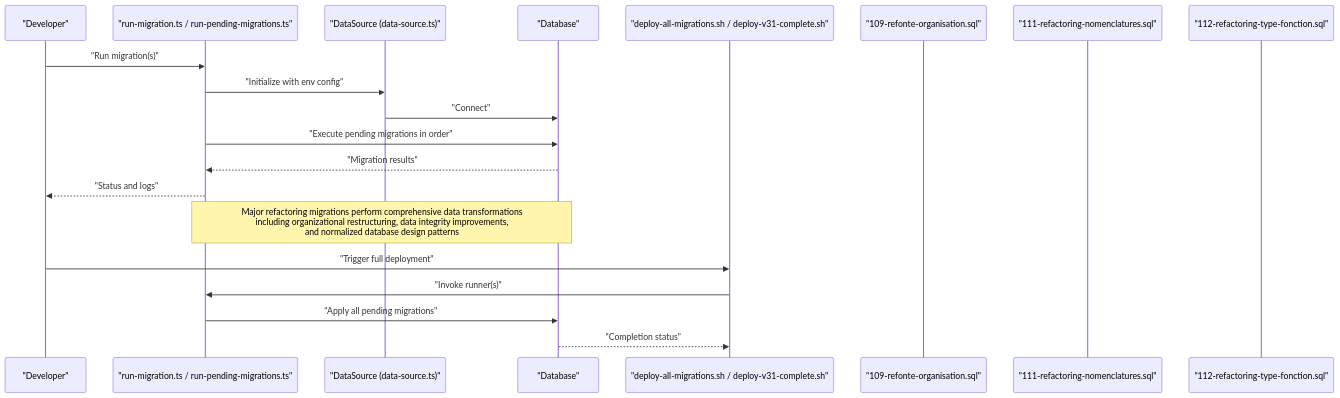
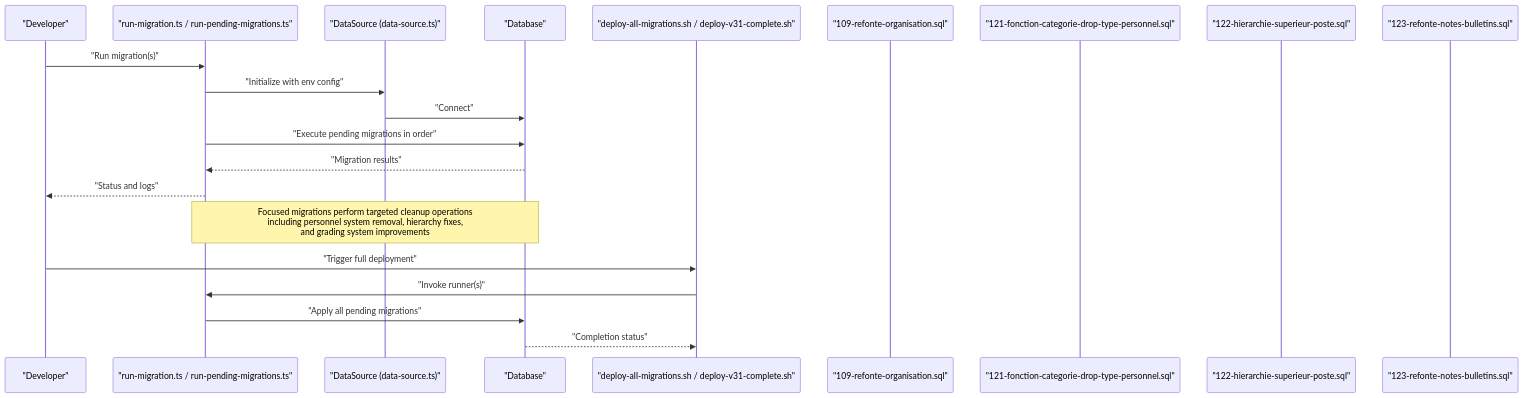
One commit to franckylab/eLISAschool changed the second of 4 diagrams in .qoder/repowiki/en/content/System Architecture/Database Architecture/Database Migrations & Version Control.md. Above: the diagram before and after it, drawn with Mermaid. The commit also changed other lines of this file and 21 other files, not shown here.

````diff
--- a/.qoder/repowiki/en/content/System Architecture/Database Architecture/Database Migrations & Version Control.md
+++ b/.qoder/repowiki/en/content/System Architecture/Database Architecture/Database Migrations & Version Control.md
@@ -155,22 +174,23 @@
 ```mermaid
 sequenceDiagram
 participant Dev as "Developer"
 participant Script as "run-migration.ts / run-pending-migrations.ts"
 participant DS as "DataSource (data-source.ts)"
 participant DB as "Database"
 participant Deploy as "deploy-all-migrations.sh / deploy-v31-complete.sh"
 participant Refactor as "109-refonte-organisation.sql"
-participant Integrity as "111-refactoring-nomenclatures.sql"
-participant Normalization as "112-refactoring-type-fonction.sql"
+participant PersonnelCleanup as "121-fonction-categorie-drop-type-personnel.sql"
+participant HierarchyFix as "122-hierarchie-superieur-poste.sql"
+participant GradingOverhaul as "123-refonte-notes-bulletins.sql"
 Dev->>Script : "Run migration(s)"
 Script->>DS : "Initialize with env config"
 DS->>DB : "Connect"
 Script->>DB : "Execute pending migrations in order"
 DB-->>Script : "Migration results"
 Script-->>Dev : "Status and logs"
-Note over Script,DB : Major refactoring migrations perform comprehensive data transformations<br/>including organizational restructuring, data integrity improvements,<br/>and normalized database design patterns
+Note over Script,DB : Focused migrations perform targeted cleanup operations<br/>including personnel system removal, hierarchy fixes,<br/>and grading system improvements
 Dev->>Deploy : "Trigger full deployment"
 Deploy->>Script : "Invoke runner(s)"
 Script->>DB : "Apply all pending migrations"
 DB-->>Deploy : "Completion status"
 ```
````
